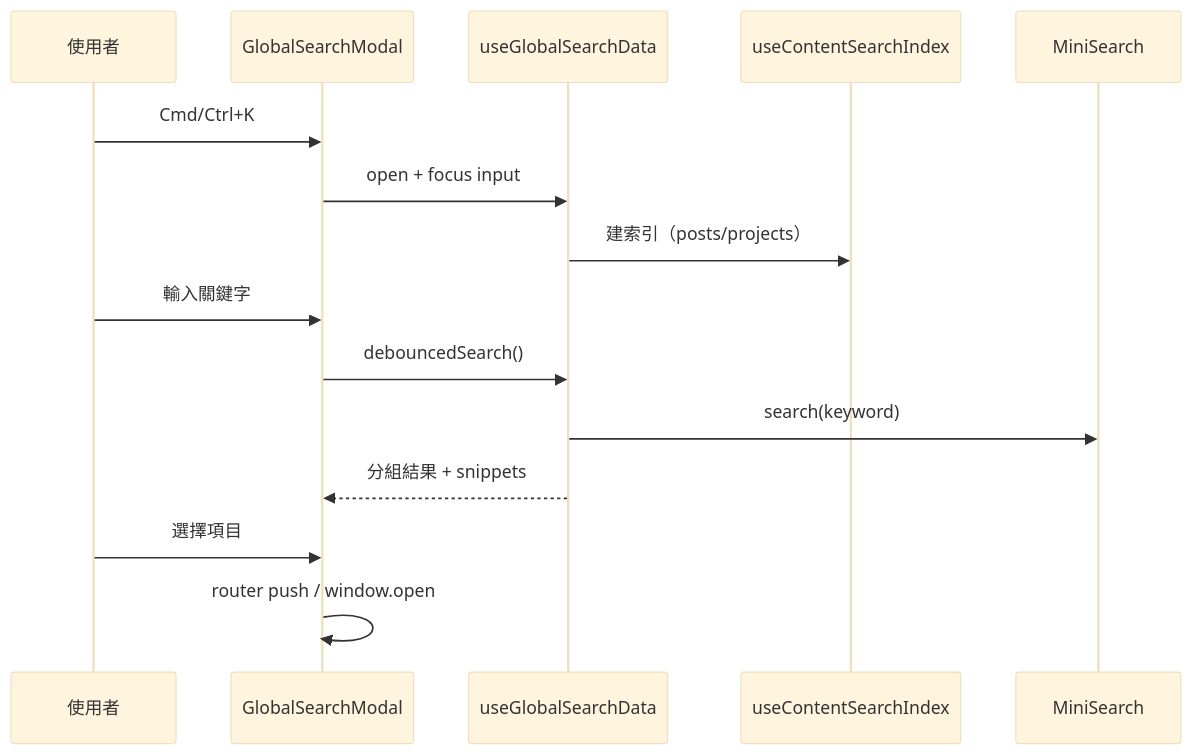
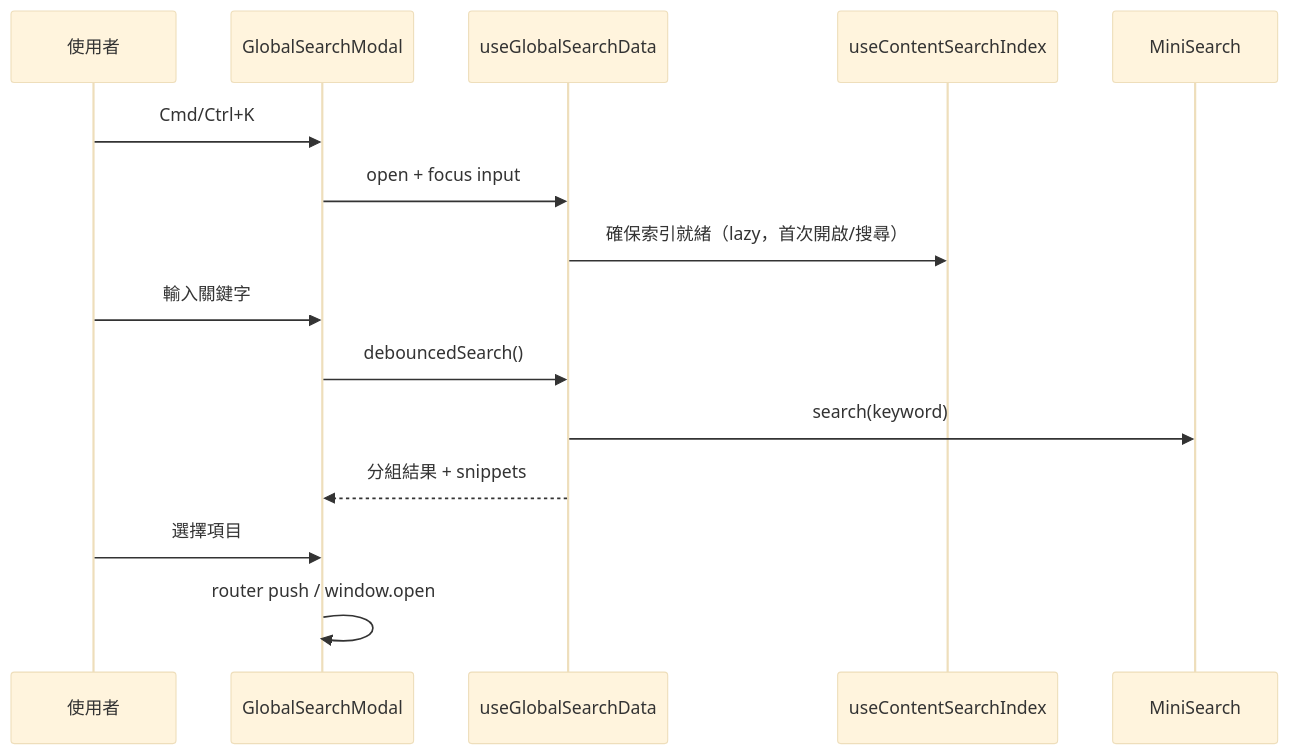
Before and after one commit to andy820621/Portfolio-2024: the diagram in content/zh/posts/global-fulltext-search.md, drawn with Mermaid (base theme). The commit also changed other lines of this file and 6 other files, not shown here.

````diff
--- a/content/zh/posts/global-fulltext-search.md
+++ b/content/zh/posts/global-fulltext-search.md
@@ -278,22 +282,22 @@
 ```mermaid
 ---
 toolbar:
   title: Global Search Flow
 ---
 sequenceDiagram
   participant User as 使用者
   participant Modal as GlobalSearchModal
   participant Data as useGlobalSearchData
   participant Index as useContentSearchIndex
   participant Mini as MiniSearch
 
   User->>Modal: Cmd/Ctrl+K
   Modal->>Data: open + focus input
-  Data->>Index: 建索引（posts/projects）
+  Data->>Index: 確保索引就緒（lazy，首次開啟/搜尋）
   User->>Modal: 輸入關鍵字
   Modal->>Data: debouncedSearch()
   Data->>Mini: search(keyword)
   Data-->>Modal: 分組結果 + snippets
   User->>Modal: 選擇項目
   Modal->>Modal: router push / window.open
 ```
````
